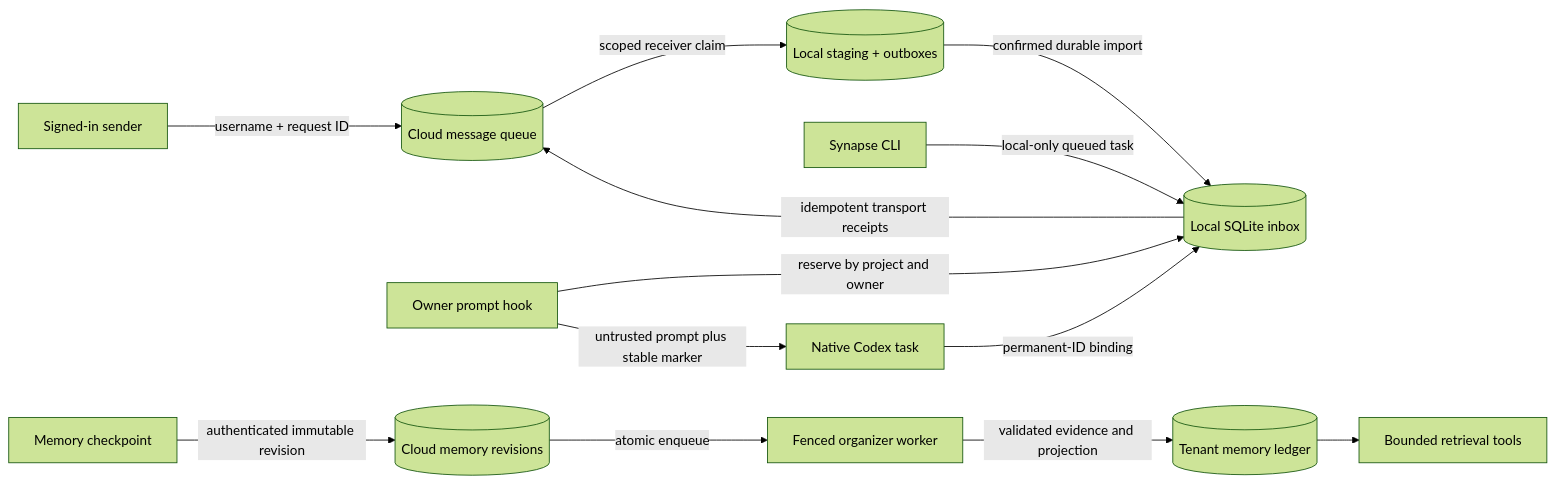
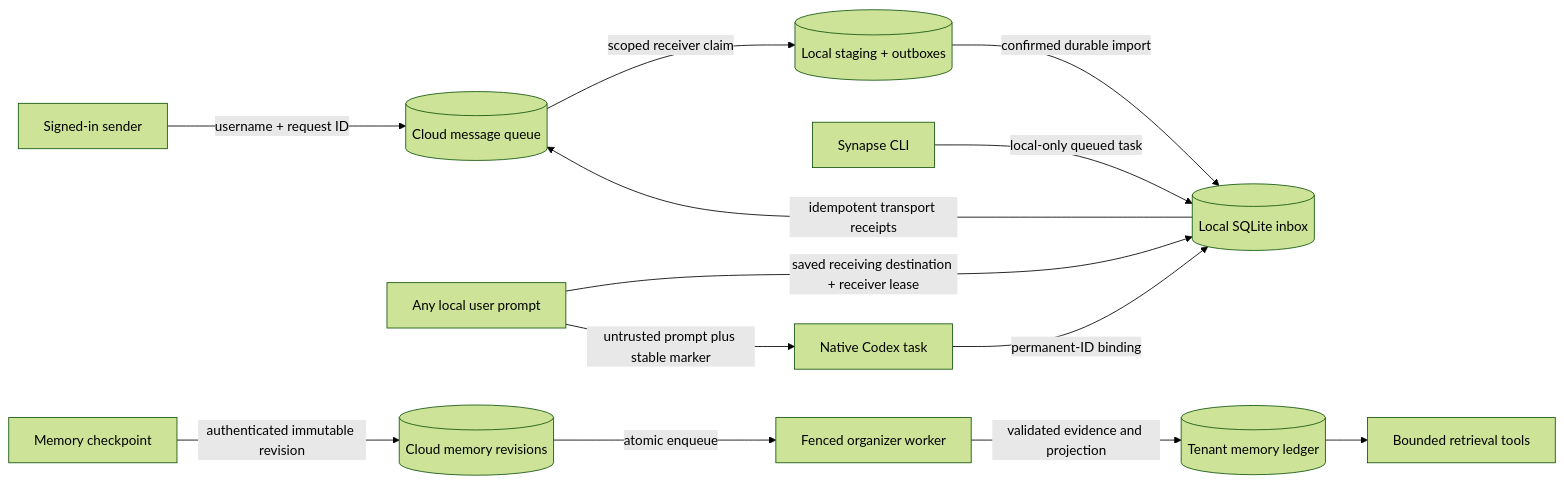
The diagram in docs/architecture.md (manavm12/synapse), drawn with Mermaid (forest theme) before and after one commit. The commit also changed other lines of this file and 49 other files, not shown here.

````diff
--- a/docs/architecture.md
+++ b/docs/architecture.md
@@ -5,15 +5,15 @@
 ```mermaid
 flowchart LR
   Sender[Signed-in sender] -->|username + request ID| Cloud[(Cloud message queue)]
   Cloud -->|scoped receiver claim| Stage[(Local staging + outboxes)]
   Stage -->|confirmed durable import| DB[(Local SQLite inbox)]
   CLI[Synapse CLI] -->|local-only queued task| DB
-  Hook[Owner prompt hook] -->|reserve by project and owner| DB
+  Hook[Any local user prompt] -->|saved receiving destination + receiver lease| DB
   Hook -->|untrusted prompt plus stable marker| Task[Native Codex task]
   Task -->|permanent-ID binding| DB
   DB -->|idempotent transport receipts| Cloud
   Capture[Memory checkpoint] -->|authenticated immutable revision| Revisions[(Cloud memory revisions)]
   Revisions -->|atomic enqueue| Worker[Fenced organizer worker]
   Worker -->|validated evidence and projection| Ledger[(Tenant memory ledger)]
   Ledger --> Retrieval[Bounded retrieval tools]
 ```
````
